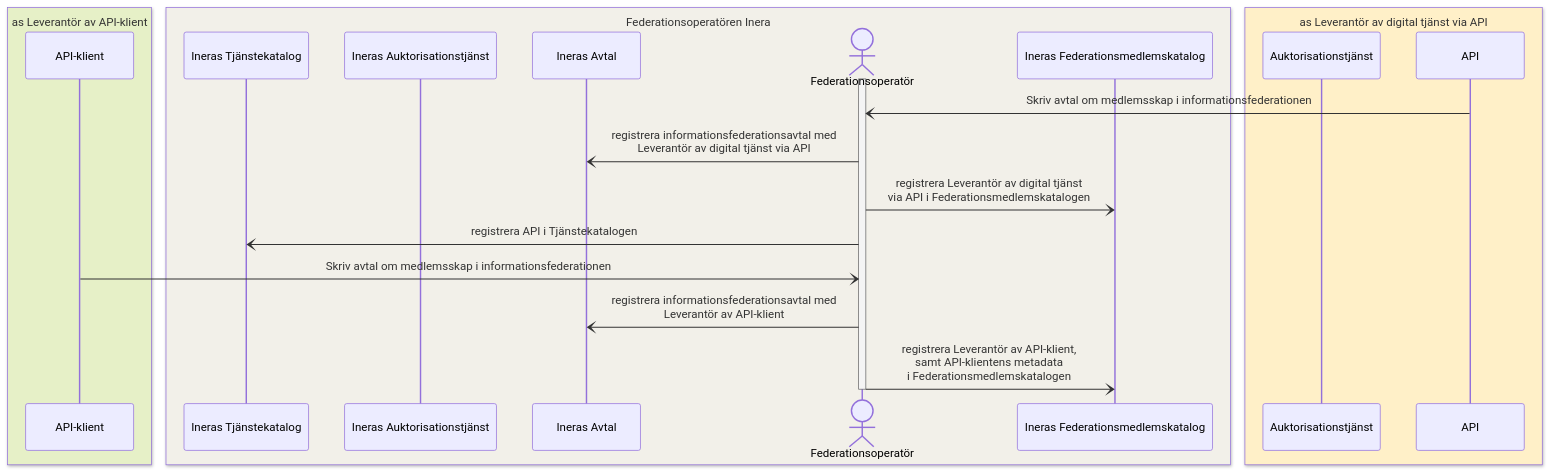
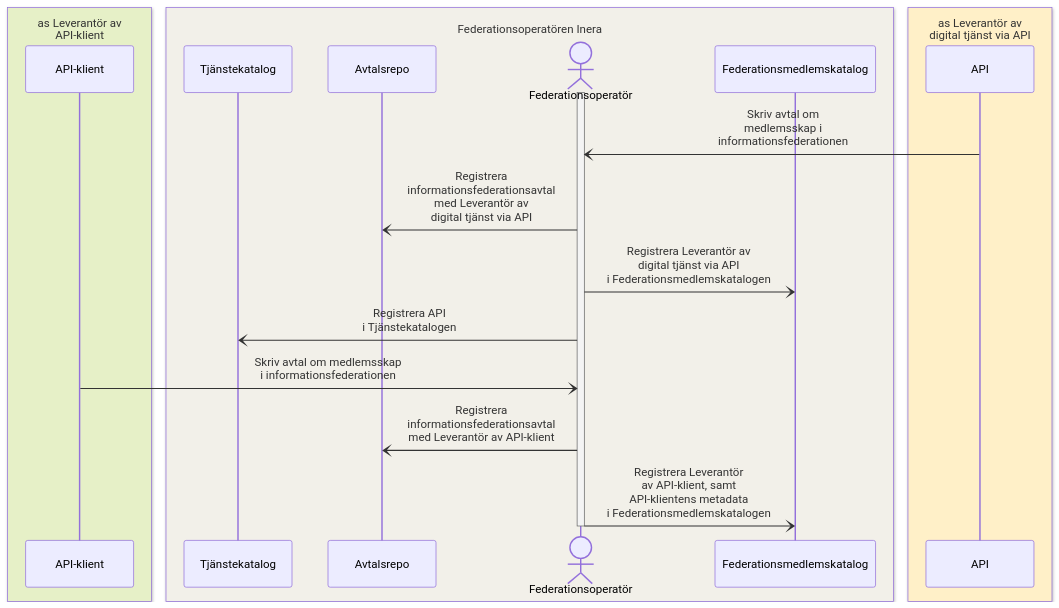
The diagram in pocSequenceDiagram_preparations.mmd (anders-malmros-inera/t2mmd), drawn with Mermaid before and after one commit. The commit also changed other lines of this file and 2 other files, not shown here.

```diff
--- a/pocSequenceDiagram_preparations.mmd
+++ b/pocSequenceDiagram_preparations.mmd
@@ -1,27 +1,27 @@
 sequenceDiagram
-  box rgb(230, 240, 199) as Leverantör av API-klient
+  box rgb(230, 240, 199) as Leverantör av <br/>API-klient
     participant c as API-klient
   end
   box rgb(242, 240,233) Federationsoperatören Inera
-    participant tak as Ineras Tjänstekatalog
-    participant ias as Ineras Auktorisationstjänst
-    participant ia as Ineras Avtal
+    participant tak as Tjänstekatalog
+    %%participant ias as Auktorisationstjänst
+    participant ia as Avtalsrepo
     actor fu as Federationsoperatör
-    participant f as Ineras Federationsmedlemskatalog
+    participant f as Federationsmedlemskatalog
   end
-  box rgb(256, 240, 200) as Leverantör av digital tjänst via API
-    participant as as Auktorisationstjänst
+  box rgb(256, 240, 200) as Leverantör av<br/>digital tjänst via API
+    %%participant as as Auktorisationstjänst
     participant rs as API
   end
 
 
 
   activate fu
-  rs -) fu: Skriv avtal om medlemsskap i informationsfederationen 
-  fu -) ia: registrera informationsfederationsavtal med <br/>Leverantör av digital tjänst via API
-  fu -) f: registrera Leverantör av digital tjänst <br/>via API i Federationsmedlemskatalogen
-  fu -) tak: registrera API i Tjänstekatalogen
-  c -) fu: Skriv avtal om medlemsskap i informationsfederationen 
-  fu -) ia: registrera informationsfederationsavtal med <br/>Leverantör av API-klient
-  fu -) f: registrera Leverantör av API-klient, <br/>samt API-klientens metadata <br/>i Federationsmedlemskatalogen
+  rs -) fu: Skriv avtal om<br/>medlemsskap i<br/>informationsfederationen 
+  fu -) ia: Registrera<br/>informationsfederationsavtal<br/>med Leverantör av<br/>digital tjänst via API
+  fu -) f: Registrera Leverantör av<br/>digital tjänst via API<br/>i Federationsmedlemskatalogen
+  fu -) tak: Registrera API<br/>i Tjänstekatalogen
+  c -) fu: Skriv avtal om medlemsskap<br/>i informationsfederationen 
+  fu -) ia: Registrera<br/>informationsfederationsavtal<br/>med Leverantör av API-klient
+  fu -) f: Registrera Leverantör<br/>av API-klient, samt<br/>API-klientens metadata <br/>i Federationsmedlemskatalogen
   deactivate fu
```
